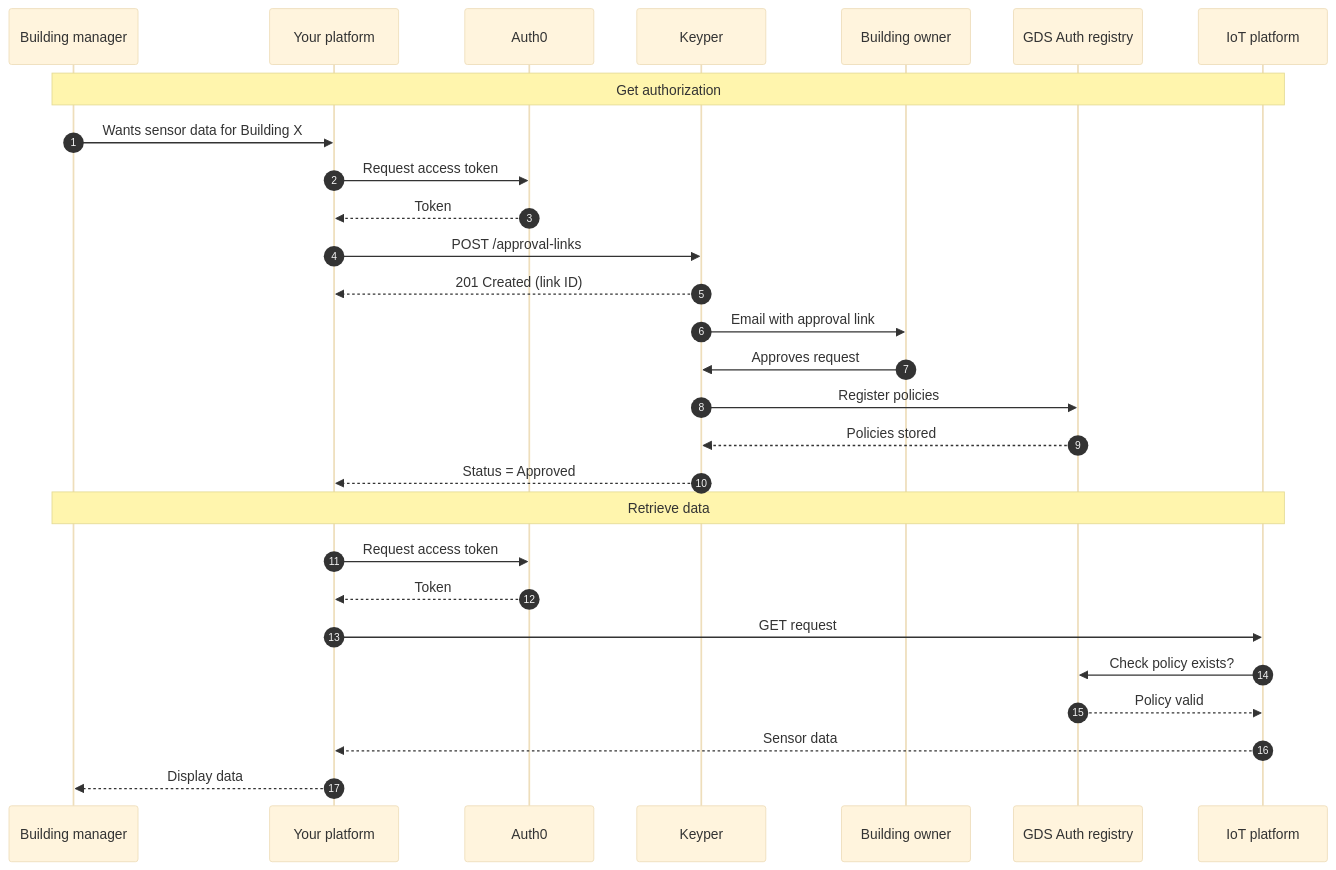
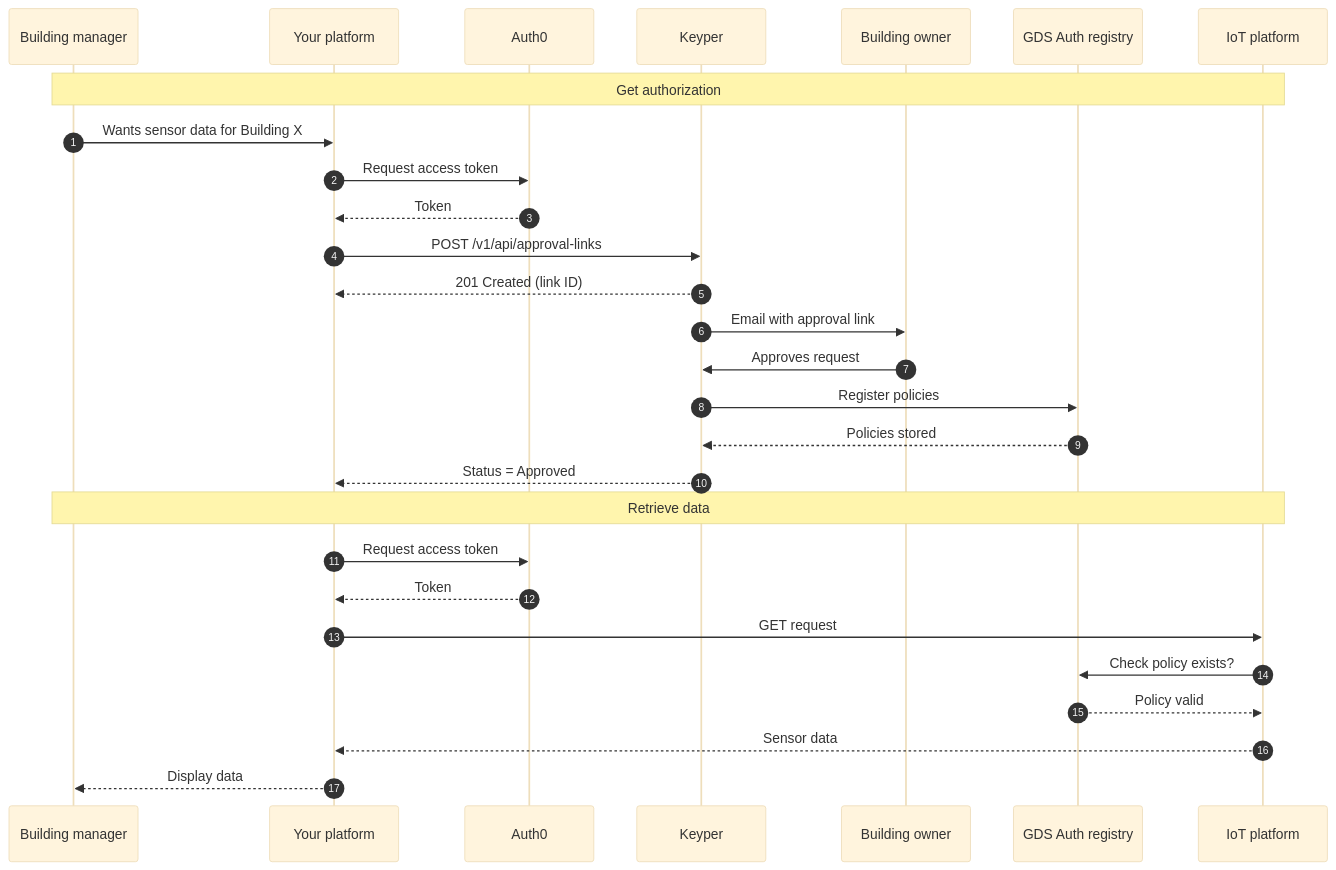
Before and after one commit to POORT8/Poort8.Docs: the diagram in gds-deprecated/architecture.md, drawn with Mermaid (base theme). The commit also changed 1 other file, not shown here.

Commit message:
Deploy gds-deprecated docs: 6ae2d6a0ff90f07d255d6c0c346363f98df6c04c

````diff
--- a/gds-deprecated/architecture.md
+++ b/gds-deprecated/architecture.md
@@ -164,32 +164,32 @@
 ```mermaid
 sequenceDiagram
     autonumber
     participant BM as Building manager
     participant Platform as Your platform
     participant Auth as Auth0
     participant Keyper as Keyper
     participant Owner as Building owner
     participant GDS as GDS Auth registry
     participant IoT as IoT platform
 
     Note over BM,IoT: Get authorization
     BM->>Platform: Wants sensor data for Building X
     Platform->>Auth: Request access token
     Auth-->>Platform: Token
-    Platform->>Keyper: POST /approval-links
+    Platform->>Keyper: POST /v1/api/approval-links
     Keyper-->>Platform: 201 Created (link ID)
     Keyper->>Owner: Email with approval link
     Owner->>Keyper: Approves request
     Keyper->>GDS: Register policies
     GDS-->>Keyper: Policies stored
     Keyper-->>Platform: Status = Approved
 
     Note over BM,IoT: Retrieve data
     Platform->>Auth: Request access token
     Auth-->>Platform: Token
     Platform->>IoT: GET request
     IoT->>GDS: Check policy exists?
     GDS-->>IoT: Policy valid
     IoT-->>Platform: Sensor data
     Platform-->>BM: Display data
 ```
````
